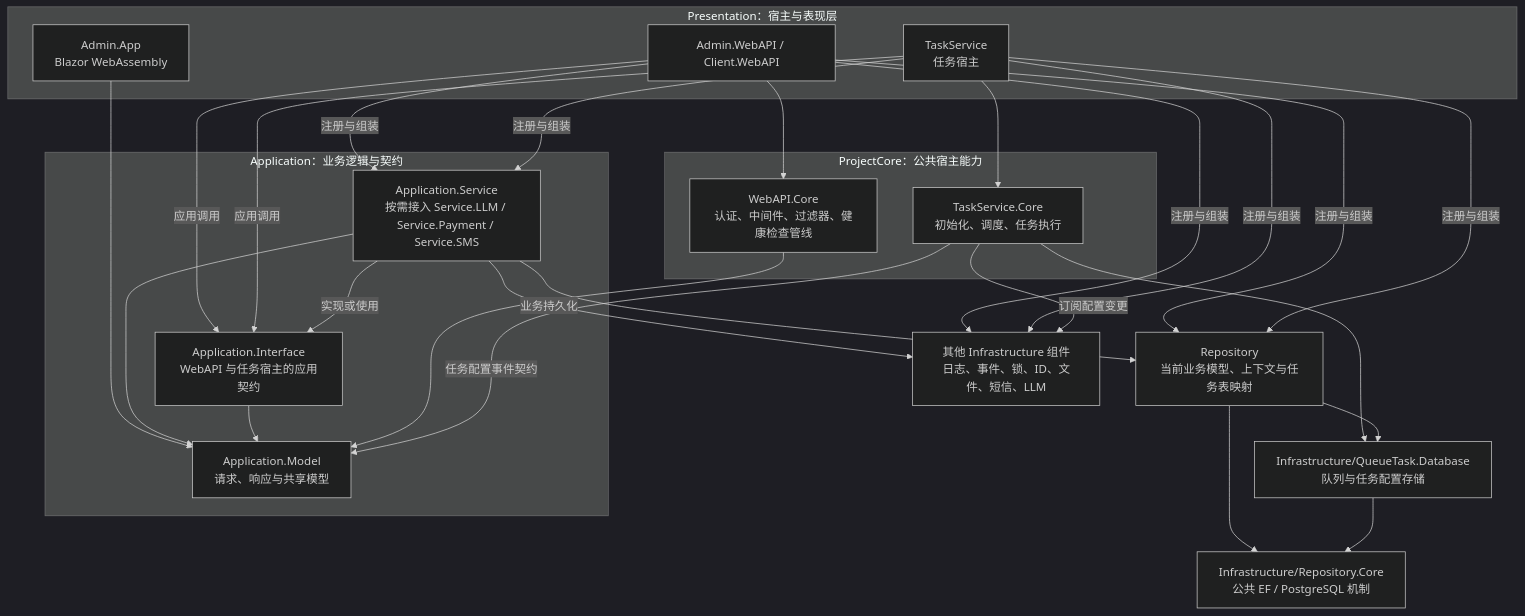
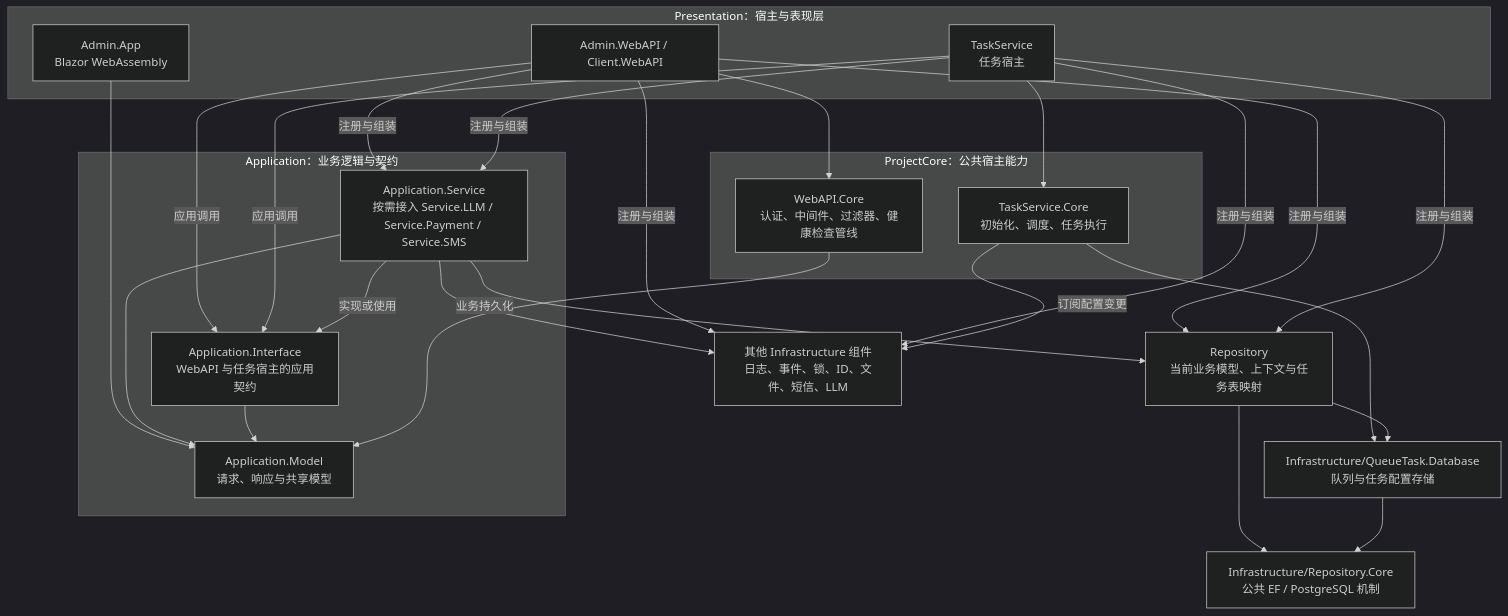
The first of 12 diagrams in Docs/ArchitectureDiagrams.md (dashiell-zhang/NetEngine), drawn with Mermaid (dark theme) before and after one commit. The commit also changed other lines of this file and 13 other files, not shown here.

````diff
--- a/Docs/ArchitectureDiagrams.md
+++ b/Docs/ArchitectureDiagrams.md
@@ -11,48 +11,47 @@
 ```mermaid
 flowchart TB
     subgraph Presentation["Presentation：宿主与表现层"]
         AdminUI["Admin.App<br/>Blazor WebAssembly"]
         APIs["Admin.WebAPI / Client.WebAPI"]
         WorkerHost["TaskService<br/>任务宿主"]
     end
 
     subgraph ProjectCore["ProjectCore：公共宿主能力"]
         WebCore["WebAPI.Core<br/>认证、中间件、过滤器、健康检查管线"]
         TaskCore["TaskService.Core<br/>初始化、调度、任务执行"]
     end
 
     subgraph Application["Application：业务逻辑与契约"]
         AppServices["Application.Service<br/>按需接入 Service.LLM / Service.Payment / Service.SMS"]
         Models["Application.Model<br/>请求、响应与共享模型"]
         Contracts["Application.Interface<br/>WebAPI 与任务宿主的应用契约"]
     end
 
     Repo["Repository<br/>当前业务模型、上下文与任务表映射"]
     Queue["Infrastructure/QueueTask.Database<br/>队列与任务配置存储"]
     DbCore["Infrastructure/Repository.Core<br/>公共 EF / PostgreSQL 机制"]
     Infra["其他 Infrastructure 组件<br/>日志、事件、锁、ID、文件、短信、LLM"]
 
     AdminUI --> Models
     APIs --> WebCore
     APIs -->|应用调用| Contracts
     APIs -->|注册与组装| AppServices
     WorkerHost --> TaskCore
     WorkerHost -->|应用调用| Contracts
     WorkerHost -->|注册与组装| AppServices
     APIs -->|注册与组装| Repo
     APIs -->|注册与组装| Infra
     WorkerHost -->|注册与组装| Repo
     WorkerHost -->|注册与组装| Infra
     AppServices -->|业务持久化| Repo
     AppServices --> Models
     AppServices -->|实现或使用| Contracts
     Contracts --> Models
     AppServices --> Infra
     WebCore --> Models
     TaskCore --> Queue
-    TaskCore -->|任务配置事件契约| Models
     TaskCore -->|订阅配置变更| Infra
     Repo --> Queue
     Repo --> DbCore
     Queue --> DbCore
 ```
````
